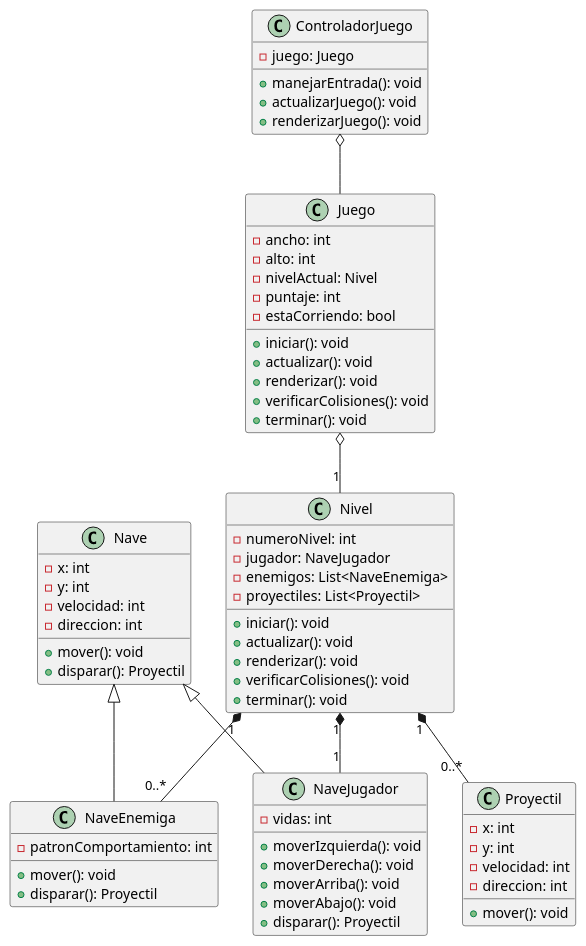
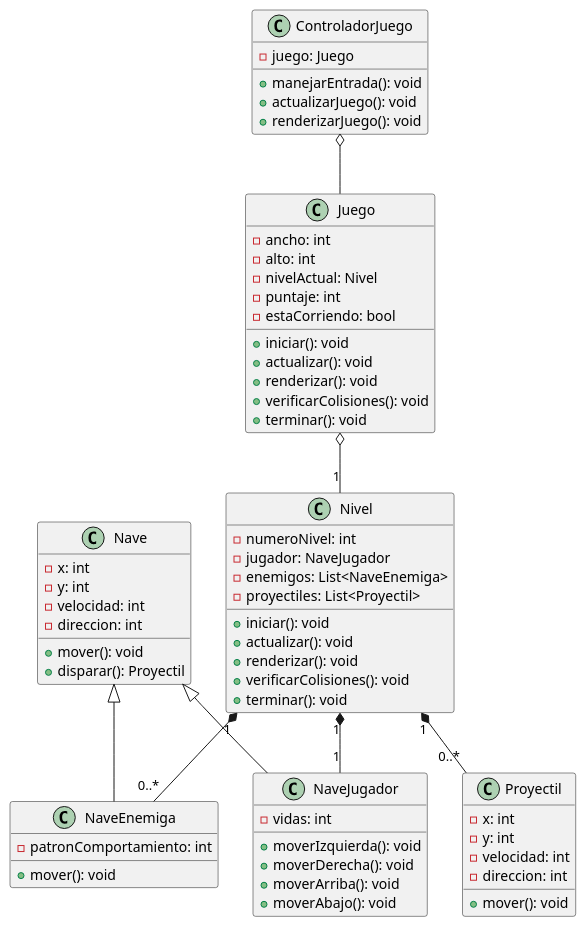
Before and after one commit to AAD23110162/Computer-Space-Game: the diagram in docs/Diagrama.puml, drawn with PlantUML. The commit also changed 7 other files, not shown here.

```diff
--- a/docs/Diagrama.puml
+++ b/docs/Diagrama.puml
@@ -1,75 +1,73 @@
 @startuml Computer_Space
 
 class Juego {
   - ancho: int
   - alto: int
   - nivelActual: Nivel
   - puntaje: int
   - estaCorriendo: bool
   + iniciar(): void
   + actualizar(): void
   + renderizar(): void
   + verificarColisiones(): void
   + terminar(): void
 }
 
 class Nivel {
   - numeroNivel: int
   - jugador: NaveJugador
   - enemigos: List<NaveEnemiga>
   - proyectiles: List<Proyectil>
   + iniciar(): void
   + actualizar(): void
   + renderizar(): void
   + verificarColisiones(): void
   + terminar(): void
 }
 
 class Nave {
   - x: int
   - y: int
   - velocidad: int
   - direccion: int
   + mover(): void
   + disparar(): Proyectil
 }
 
 class NaveJugador {
   - vidas: int
   + moverIzquierda(): void
   + moverDerecha(): void
   + moverArriba(): void
   + moverAbajo(): void
-  + disparar(): Proyectil
 }
 
 class NaveEnemiga {
   - patronComportamiento: int
   + mover(): void
-  + disparar(): Proyectil
 }
 
 class Proyectil {
   - x: int
   - y: int
   - velocidad: int
   - direccion: int
   + mover(): void
 }
 
 class ControladorJuego {
   - juego: Juego
   + manejarEntrada(): void
   + actualizarJuego(): void
   + renderizarJuego(): void
 }
 
 Juego o-- "1" Nivel
 Nivel "1" *-- "1" NaveJugador
 Nivel "1" *-- "0..*" NaveEnemiga
 Nivel "1" *-- "0..*" Proyectil
 Nave <|-- NaveJugador
 Nave <|-- NaveEnemiga
 ControladorJuego o-- Juego
 
 @enduml
```
